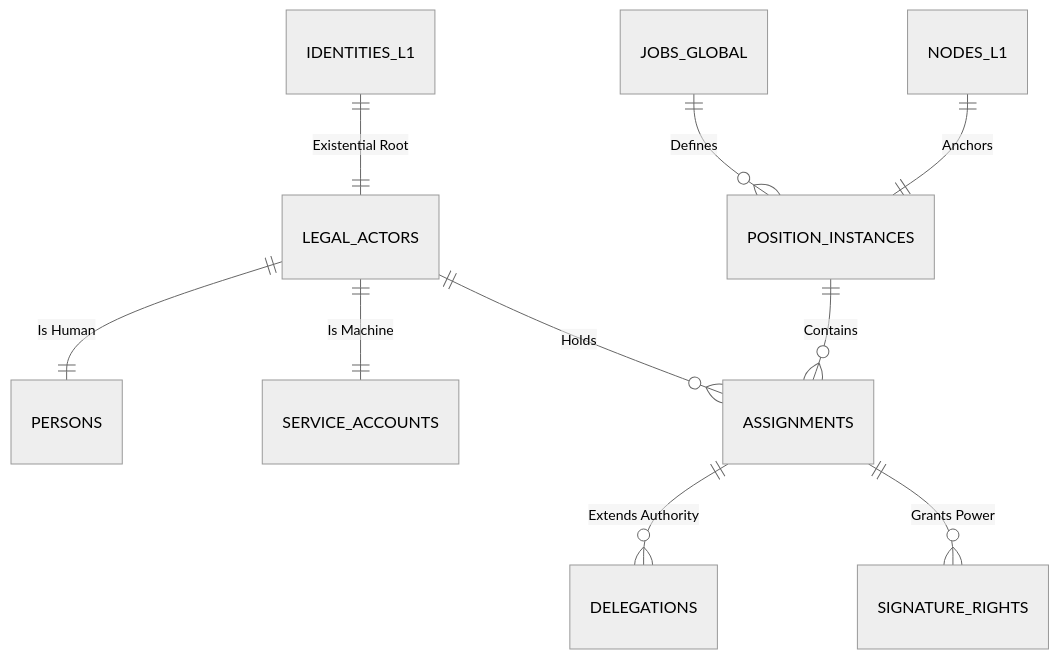
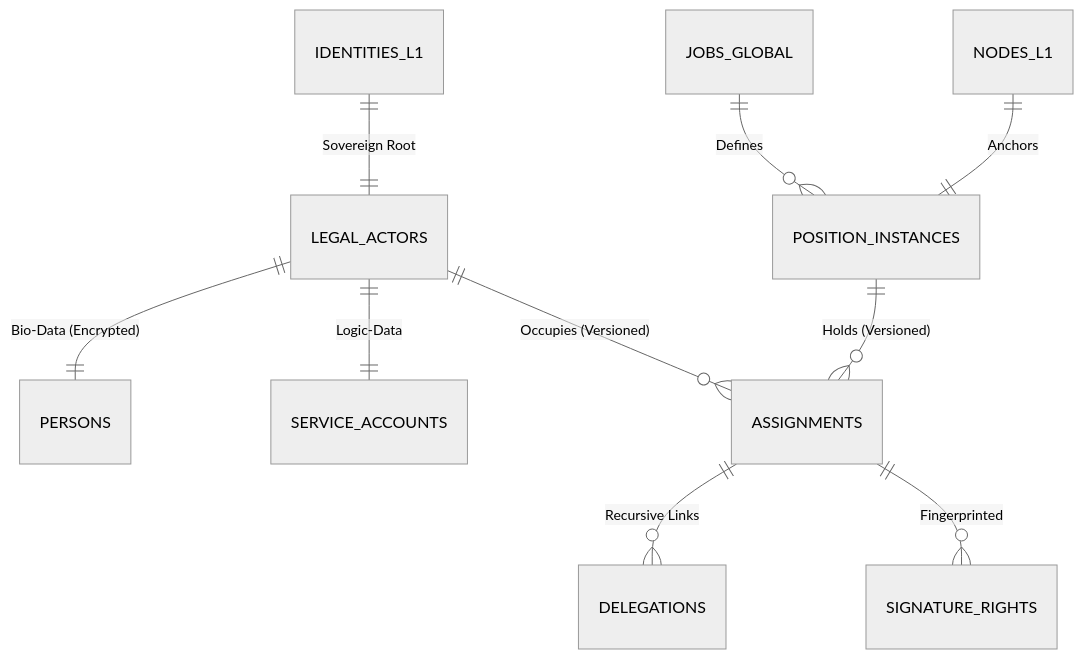
One commit to mohamedriyad1408/MJRH-INDUSTRIAL-REVOLUTION changed the diagram in src/v4/docs/l2/ER_DIAGRAM.md. Above: the diagram before and after it, drawn with Mermaid (neutral theme). The commit also changed other lines of this file and 1 other file, not shown here.

Commit message:
feat(l2): achieve universal legal integrity v4.0 - recursive revocation, PII vault, and arbitration logic

````diff
--- a/src/v4/docs/l2/ER_DIAGRAM.md
+++ b/src/v4/docs/l2/ER_DIAGRAM.md
@@ -3,15 +3,15 @@
 ```mermaid
 erDiagram
-    IDENTITIES_L1 ||--|| LEGAL_ACTORS : "Existential Root"
-    LEGAL_ACTORS ||--|| PERSONS : "Is Human"
-    LEGAL_ACTORS ||--|| SERVICE_ACCOUNTS : "Is Machine"
+    IDENTITIES_L1 ||--|| LEGAL_ACTORS : "Sovereign Root"
+    LEGAL_ACTORS ||--|| PERSONS : "Bio-Data (Encrypted)"
+    LEGAL_ACTORS ||--|| SERVICE_ACCOUNTS : "Logic-Data"
     
     JOBS_GLOBAL ||--o{ POSITION_INSTANCES : "Defines"
     NODES_L1 ||--|| POSITION_INSTANCES : "Anchors"
     
-    LEGAL_ACTORS ||--o{ ASSIGNMENTS : "Holds"
-    POSITION_INSTANCES ||--o{ ASSIGNMENTS : "Contains"
+    LEGAL_ACTORS ||--o{ ASSIGNMENTS : "Occupies (Versioned)"
+    POSITION_INSTANCES ||--o{ ASSIGNMENTS : "Holds (Versioned)"
     
-    ASSIGNMENTS ||--o{ DELEGATIONS : "Extends Authority"
-    ASSIGNMENTS ||--o{ SIGNATURE_RIGHTS : "Grants Power"
+    ASSIGNMENTS ||--o{ DELEGATIONS : "Recursive Links"
+    ASSIGNMENTS ||--o{ SIGNATURE_RIGHTS : "Fingerprinted"
 ```
````
